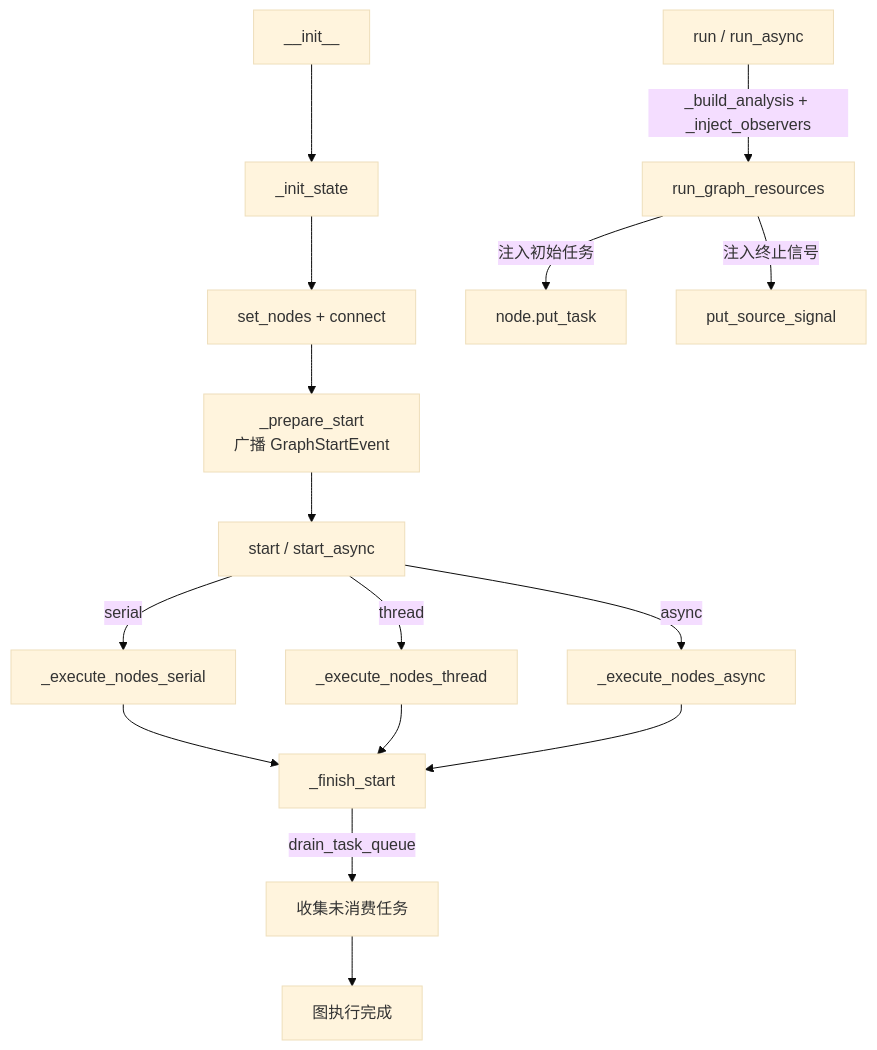
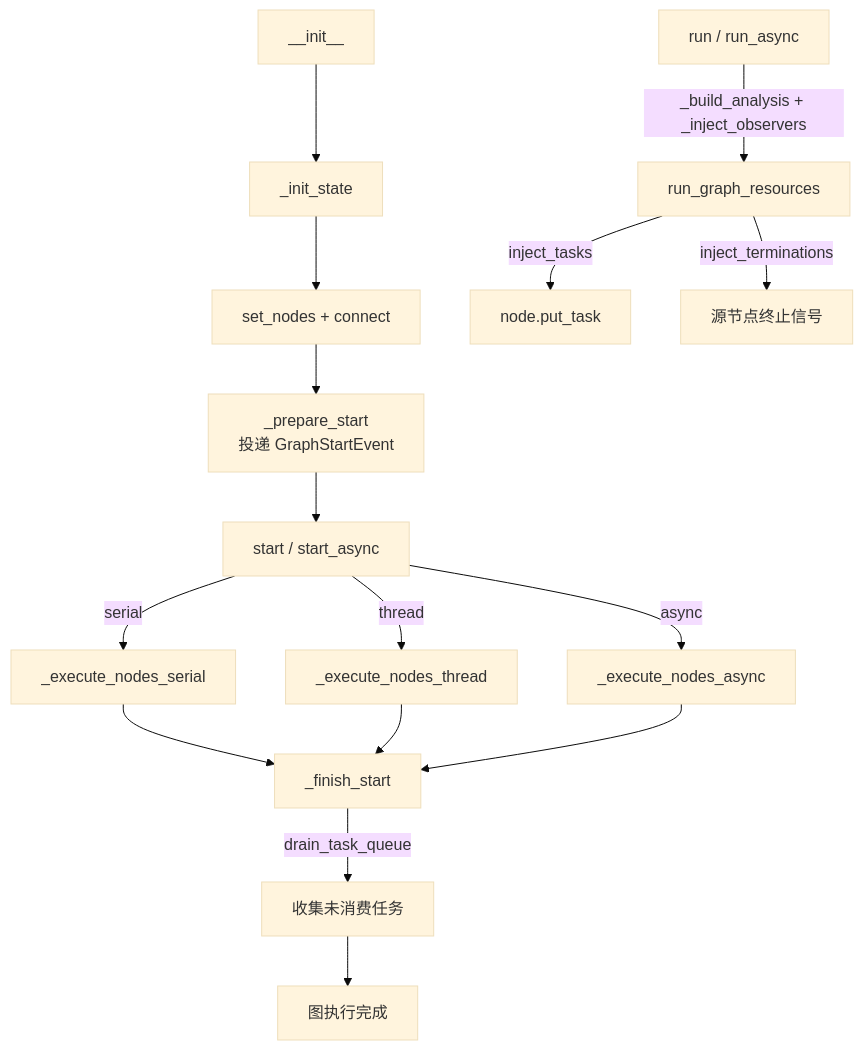
The second of 2 diagrams in docs/zh-CN/src/graph/core_graph.md (Mr-xiaotian/CelestialFlow), drawn with Mermaid (base theme) before and after one commit. The commit also changed other lines of this file and 86 other files, not shown here.

````diff
--- a/docs/zh-CN/src/graph/core_graph.md
+++ b/docs/zh-CN/src/graph/core_graph.md
@@ -476,19 +469,19 @@
 ```mermaid
 flowchart TD
     INIT[__init__] --> INIT_STATE[_init_state]
     INIT_STATE --> BUILD[set_nodes + connect]
-    BUILD --> PREPARE[_prepare_start<br/>广播 GraphStartEvent]
+    BUILD --> PREPARE[_prepare_start<br/>投递 GraphStartEvent]
     PREPARE --> START[start / start_async]
     START -->|serial| SER[_execute_nodes_serial]
     START -->|thread| THR[_execute_nodes_thread]
     START -->|async| ASY[_execute_nodes_async]
     SER --> FINISH[_finish_start]
     THR --> FINISH
     ASY --> FINISH
     FINISH -->|drain_task_queue| DRAIN[收集未消费任务]
     DRAIN --> END[图执行完成]
 
     RUN[run / run_async] -->|_build_analysis + _inject_observers| RES[run_graph_resources]
-    RES -->|注入初始任务| PUT[node.put_task]
-    RES -->|注入终止信号| SIGNAL[put_source_signal]
+    RES -->|inject_tasks| PUT[node.put_task]
+    RES -->|inject_terminations| SIGNAL[源节点终止信号]
 ```
````
